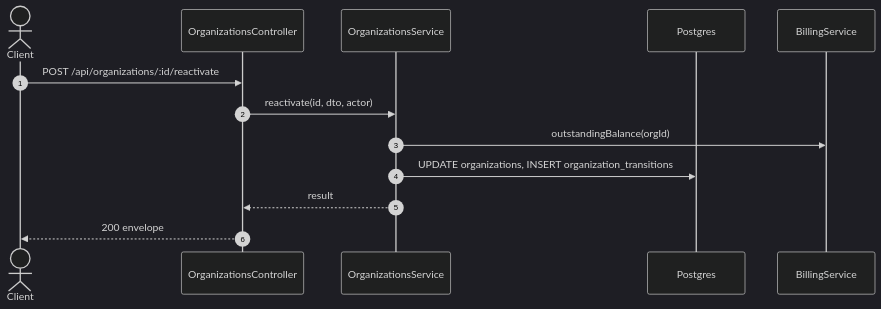
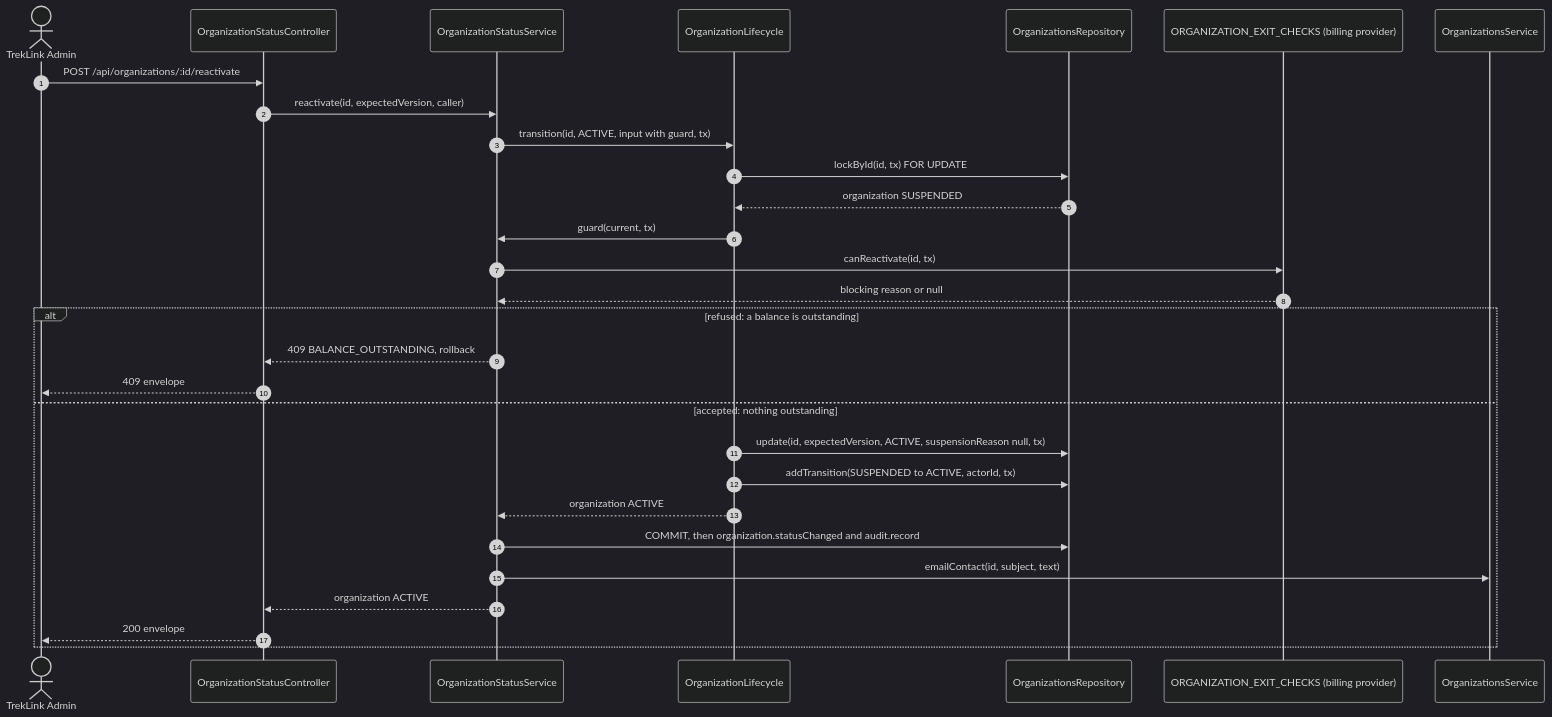
The second of 2 diagrams in specs/organizations/api-design/09-post-organizations-id-reactivate.md (TrekLink-Team/treklink-web), drawn with Mermaid (dark theme) before and after one commit. The commit also changed other lines of this file and 7 other files, not shown here.

First line of the commit message:
docs: draw organizations api-design 08 to 11 from the status controller

````diff
--- a/specs/organizations/api-design/09-post-organizations-id-reactivate.md
+++ b/specs/organizations/api-design/09-post-organizations-id-reactivate.md
@@ -238,15 +242,31 @@
 ```mermaid
 sequenceDiagram
     autonumber
-    actor C as Client
-    participant Ctl as OrganizationsController
-    participant Svc as OrganizationsService
-    participant DB as Postgres
-    participant Bill as BillingService
-    C->>Ctl: POST /api/organizations/:id/reactivate
-    Ctl->>Svc: reactivate(id, dto, actor)
-    Svc->>Bill: outstandingBalance(orgId)
-    Svc->>DB: UPDATE organizations, INSERT organization_transitions
-    Svc-->>Ctl: result
-    Ctl-->>C: 200 envelope
+    actor U as TrekLink Admin
+    participant Ctl as OrganizationStatusController
+    participant Svc as OrganizationStatusService
+    participant L as OrganizationLifecycle
+    participant R as OrganizationsRepository
+    participant X as ORGANIZATION_EXIT_CHECKS (billing provider)
+    participant O as OrganizationsService
+    U->>Ctl: POST /api/organizations/:id/reactivate
+    Ctl->>Svc: reactivate(id, expectedVersion, caller)
+    Svc->>L: transition(id, ACTIVE, input with guard, tx)
+    L->>R: lockById(id, tx) FOR UPDATE
+    R-->>L: organization SUSPENDED
+    L->>Svc: guard(current, tx)
+    Svc->>X: canReactivate(id, tx)
+    X-->>Svc: blocking reason or null
+    alt refused: a balance is outstanding
+        Svc-->>Ctl: 409 BALANCE_OUTSTANDING, rollback
+        Ctl-->>U: 409 envelope
+    else accepted: nothing outstanding
+        L->>R: update(id, expectedVersion, ACTIVE, suspensionReason null, tx)
+        L->>R: addTransition(SUSPENDED to ACTIVE, actorId, tx)
+        L-->>Svc: organization ACTIVE
+        Svc->>R: COMMIT, then organization.statusChanged and audit.record
+        Svc->>O: emailContact(id, subject, text)
+        Svc-->>Ctl: organization ACTIVE
+        Ctl-->>U: 200 envelope
+    end
 ```
````
